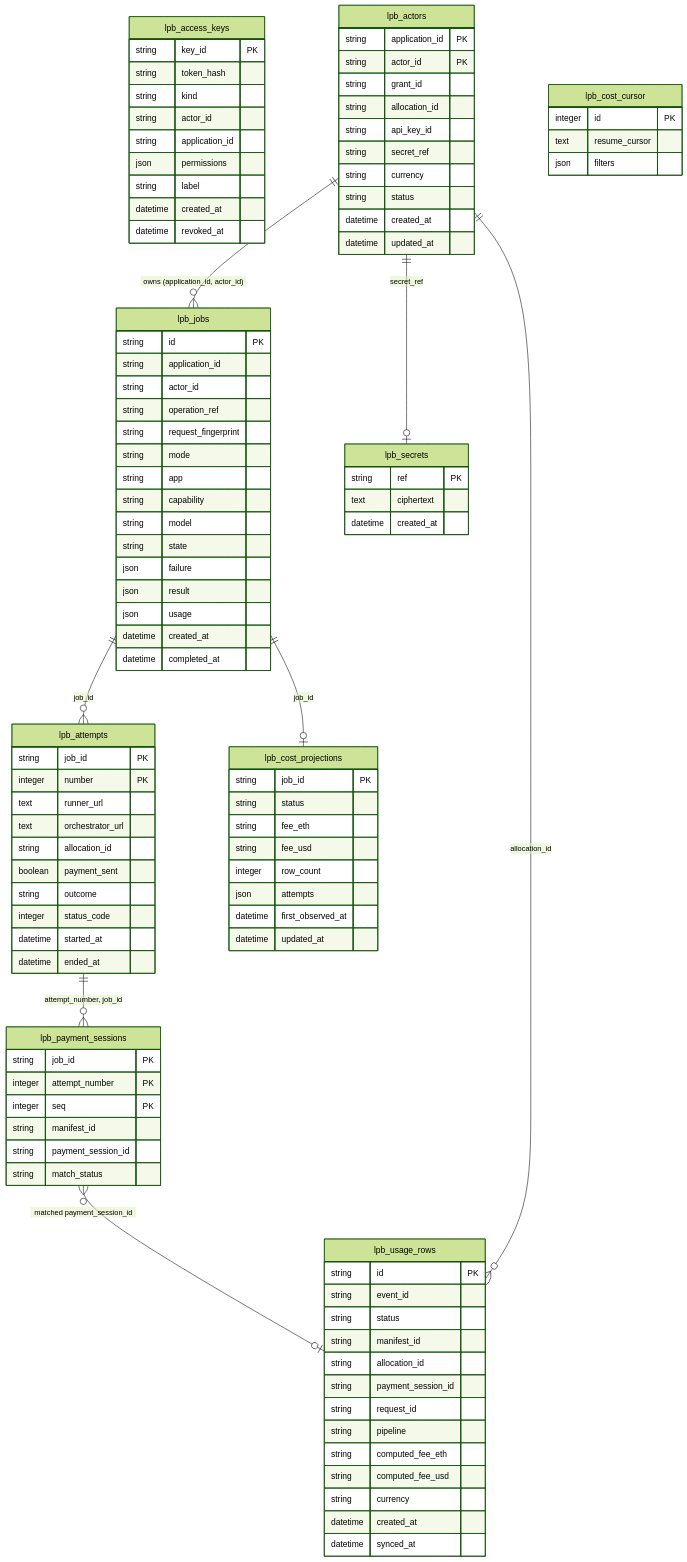
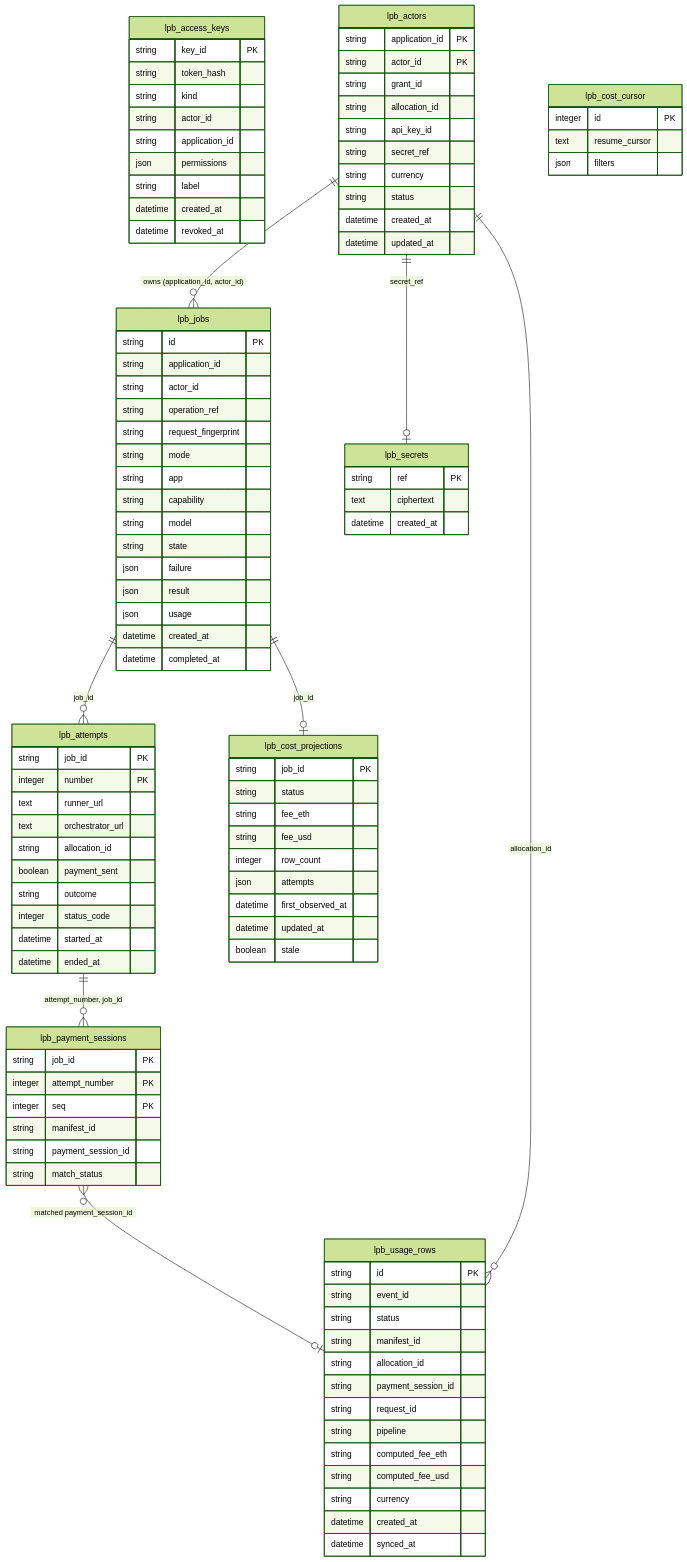
One commit to NE-Build-Track/livepeer-builder-core changed the diagram in docs/generated/db-schema.md. Above: the diagram before and after it, drawn with Mermaid (forest theme). The commit also changed other lines of this file and 11 other files, not shown here.

```diff
--- a/docs/generated/db-schema.md
+++ b/docs/generated/db-schema.md
@@ -56,6 +56,7 @@
         json attempts
         datetime first_observed_at
         datetime updated_at
+        boolean stale
     }
     lpb_jobs {
         string id PK
```
